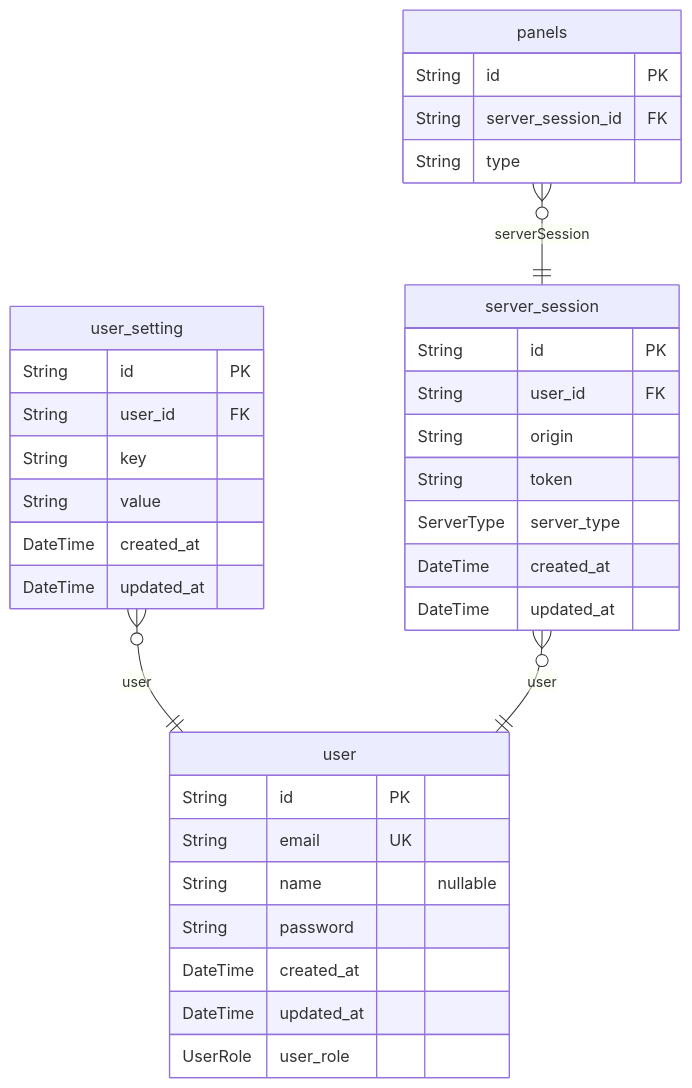
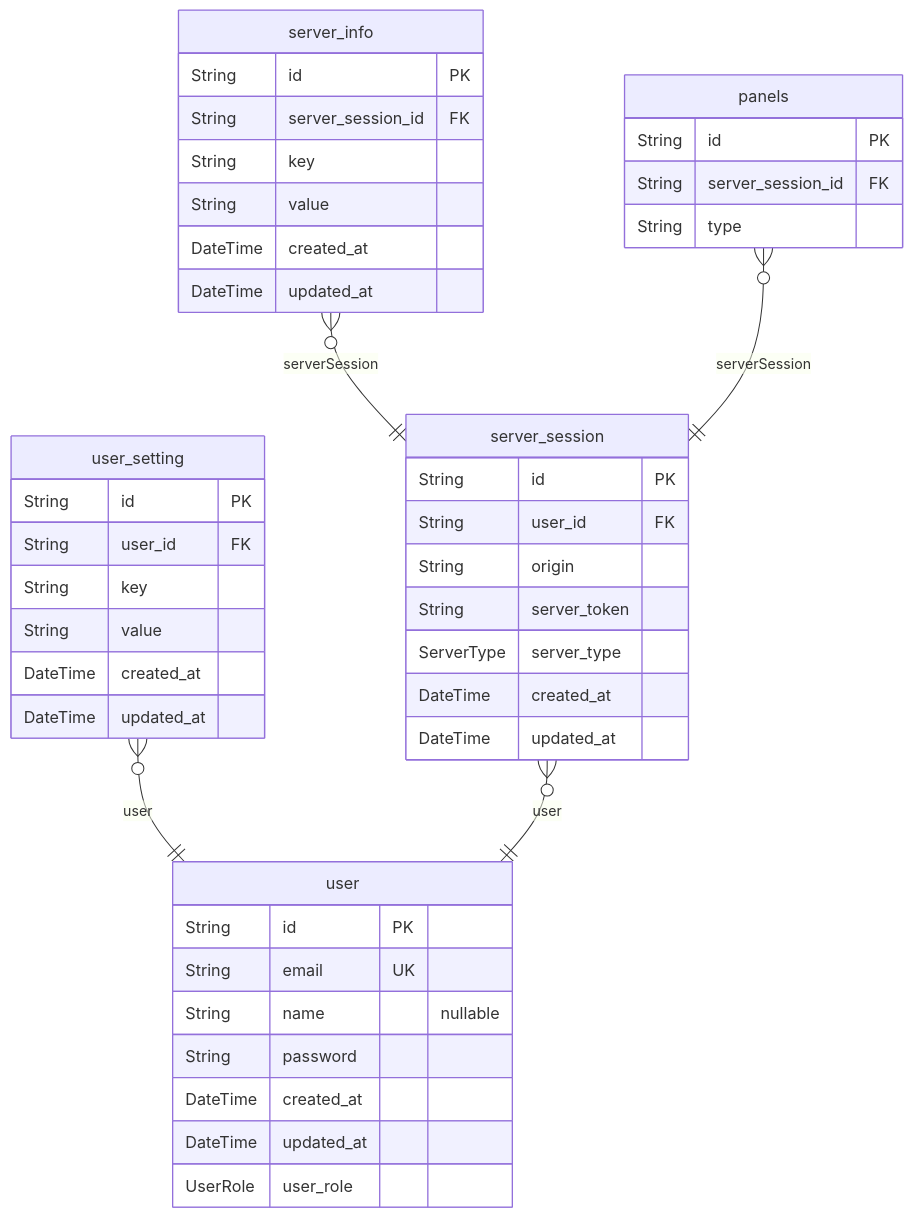
One commit to mochi-sann/mi-deck changed the diagram in apps/server/prisma/ERD.md. Above: the diagram before and after it, drawn with Mermaid. The commit also changed other lines of this file and 2 other files, not shown here.

````diff
--- a/apps/server/prisma/ERD.md
+++ b/apps/server/prisma/ERD.md
@@ -7,37 +7,46 @@
 ```mermaid
 erDiagram
 "user" {
   String id PK
   String email UK
   String name "nullable"
   String password
   DateTime created_at
   DateTime updated_at
   UserRole user_role
 }
 "user_setting" {
   String id PK
   String user_id FK
   String key
   String value
   DateTime created_at
   DateTime updated_at
 }
 "server_session" {
   String id PK
   String user_id FK
   String origin
-  String token
+  String server_token
   ServerType server_type
+  DateTime created_at
+  DateTime updated_at
+}
+"server_info" {
+  String id PK
+  String server_session_id FK
+  String key
+  String value
   DateTime created_at
   DateTime updated_at
 }
 "panels" {
   String id PK
   String server_session_id FK
   String type
 }
 "user_setting" }o--|| "user" : user
 "server_session" }o--|| "user" : user
+"server_info" }o--|| "server_session" : serverSession
 "panels" }o--|| "server_session" : serverSession
 ```
````
